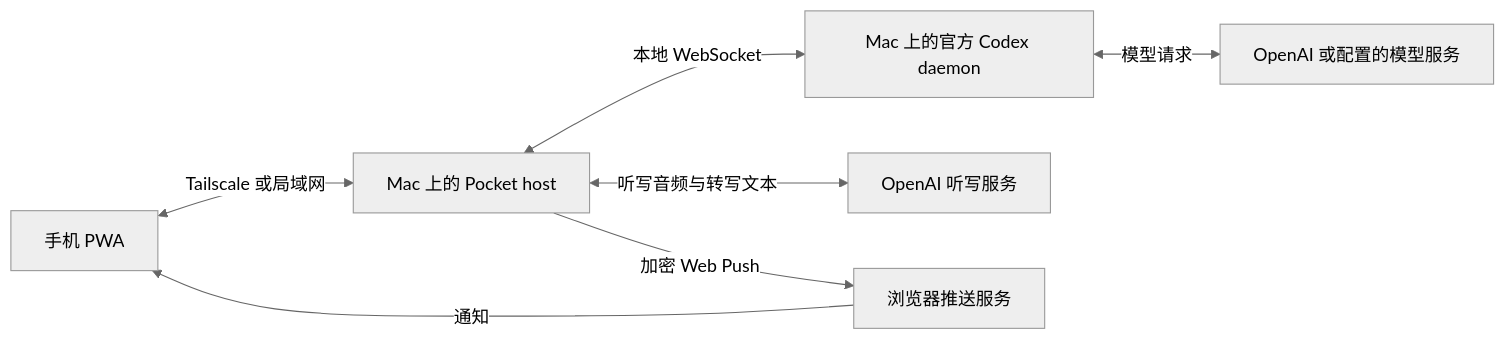
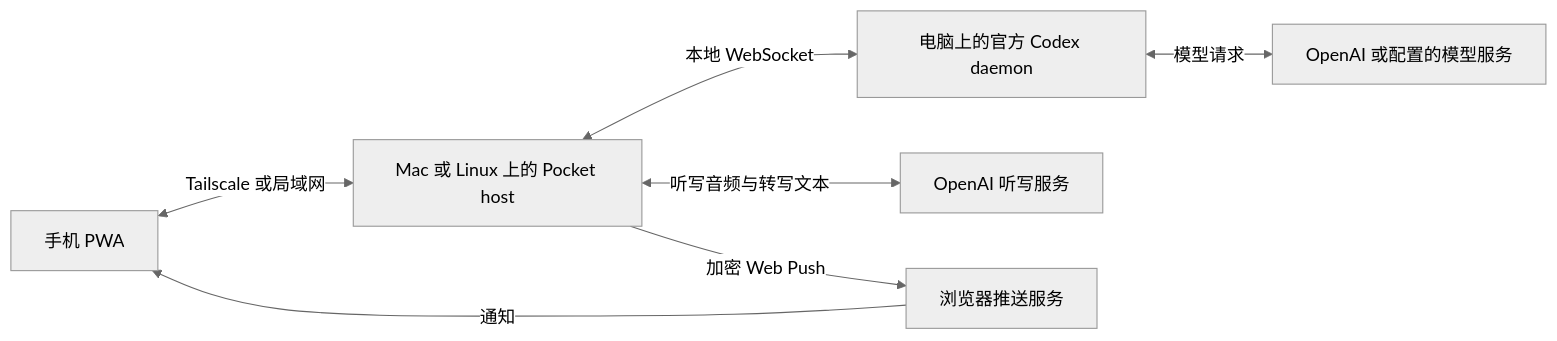
One commit to pocket-works/codex-pocket changed the diagram in README.zh-CN.md. Above: the diagram before and after it, drawn with Mermaid (neutral theme). The commit also changed other lines of this file and 37 other files, not shown here.

Commit message:
feat(host): add experimental Linux server distribution (#41)

````diff
--- a/README.zh-CN.md
+++ b/README.zh-CN.md
@@ -120,9 +125,9 @@
 ```mermaid
 flowchart LR
-    Phone["手机 PWA"] <-->|"Tailscale 或局域网"| Host["Mac 上的 Pocket host"]
-    Host <-->|"本地 WebSocket"| Codex["Mac 上的官方 Codex daemon"]
+    Phone["手机 PWA"] <-->|"Tailscale 或局域网"| Host["Mac 或 Linux 上的 Pocket host"]
+    Host <-->|"本地 WebSocket"| Codex["电脑上的官方 Codex daemon"]
     Codex <-->|"模型请求"| Model["OpenAI 或配置的模型服务"]
     Host <-->|"听写音频与转写文本"| Speech["OpenAI 听写服务"]
     Host -->|"加密 Web Push"| Push["浏览器推送服务"]
     Push -->|"通知"| Phone
 ```
````
